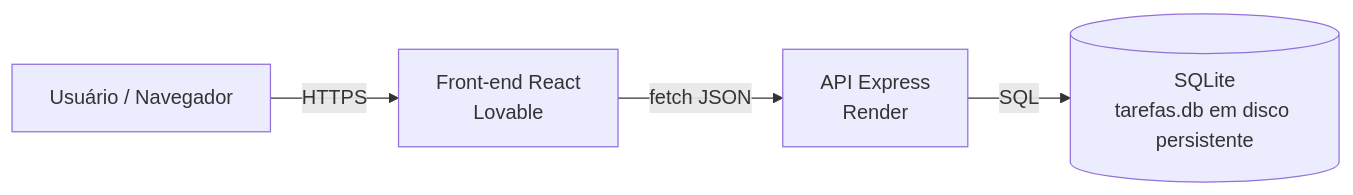
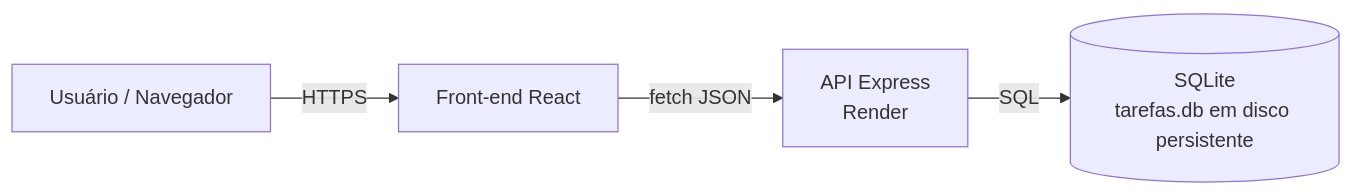
Before and after one commit to Brun0Kenji/GS-CloudSec: the first of 3 diagrams in README.md, drawn with Mermaid.

Commit message:
Fix mermaid diagram formatting in README

````diff
--- a/README.md
+++ b/README.md
@@ -11,6 +11,6 @@
 ```mermaid
 flowchart LR
-  U[Usuário / Navegador] -->|HTTPS| F[Front-end React<br/>Lovable]
+  U[Usuário / Navegador] -->|HTTPS| F[Front-end React<br/>]
   F -->|fetch JSON| A[API Express<br/>Render]
   A -->|SQL| D[(SQLite<br/>tarefas.db em disco persistente)]
 ```
````
